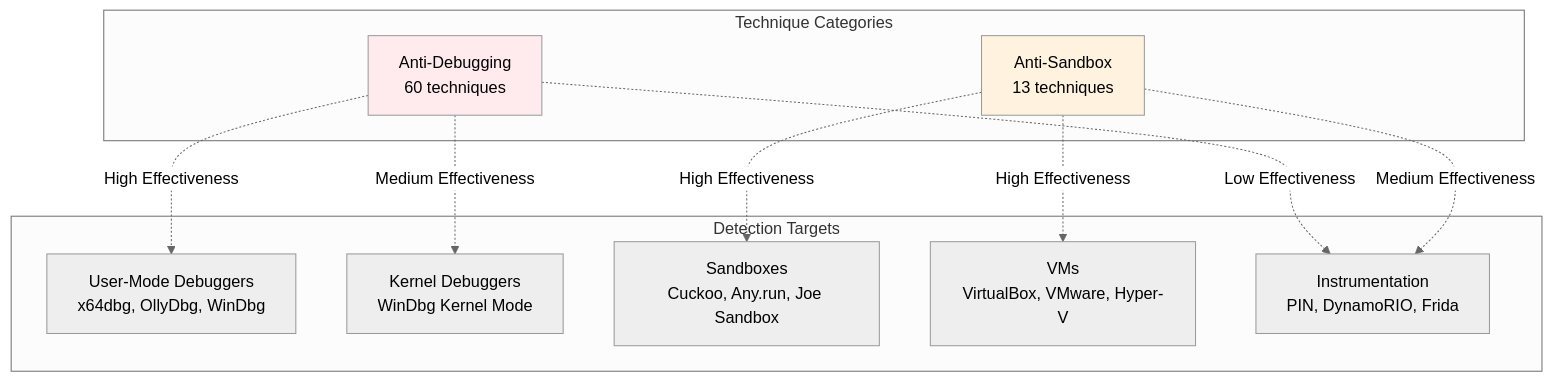
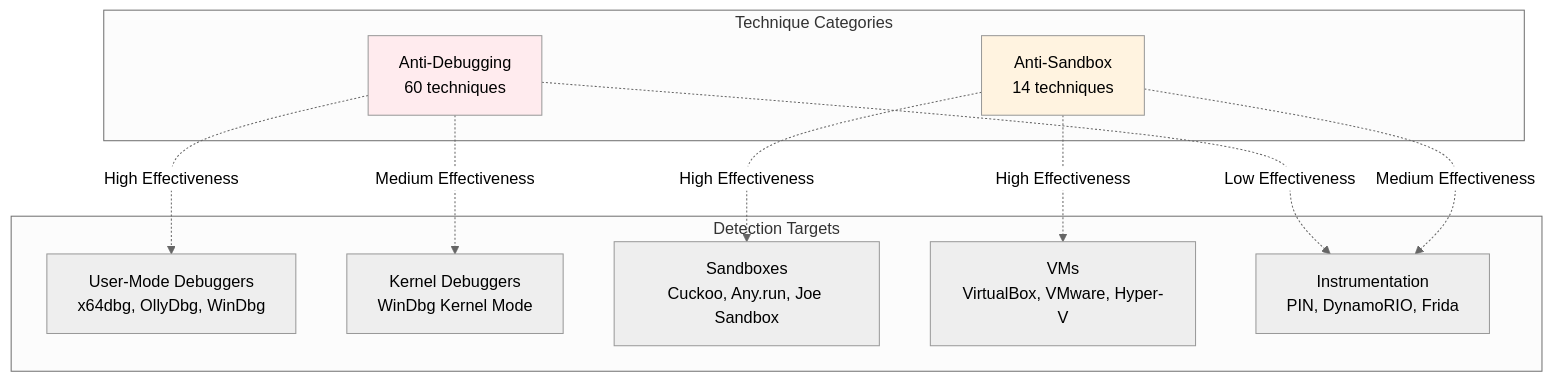
One commit to mabj/anti changed the seventh of 8 diagrams in docs/diagrams/taxonomy.md. Above: the diagram before and after it, drawn with Mermaid (neutral theme). The commit also changed other lines of this file and 7 other files, not shown here.

Commit message:
Adding new anti-sandbox technique AS014

````diff
--- a/docs/diagrams/taxonomy.md
+++ b/docs/diagrams/taxonomy.md
@@ -238,26 +239,26 @@
 ```mermaid
 graph TB
     subgraph Detection Targets
         T1[User-Mode Debuggers<br/>x64dbg, OllyDbg, WinDbg]
         T2[Kernel Debuggers<br/>WinDbg Kernel Mode]
         T3[Sandboxes<br/>Cuckoo, Any.run, Joe Sandbox]
         T4[VMs<br/>VirtualBox, VMware, Hyper-V]
         T5[Instrumentation<br/>PIN, DynamoRIO, Frida]
     end
 
     subgraph Technique Categories
         C1[Anti-Debugging<br/>60 techniques]
-        C2[Anti-Sandbox<br/>13 techniques]
+        C2[Anti-Sandbox<br/>14 techniques]
     end
 
     C1 -.High Effectiveness.-> T1
     C1 -.Medium Effectiveness.-> T2
     C1 -.Low Effectiveness.-> T5
 
     C2 -.High Effectiveness.-> T3
     C2 -.High Effectiveness.-> T4
     C2 -.Medium Effectiveness.-> T5
 
     style C1 fill:#ffebee
     style C2 fill:#fff3e0
 ```
````
